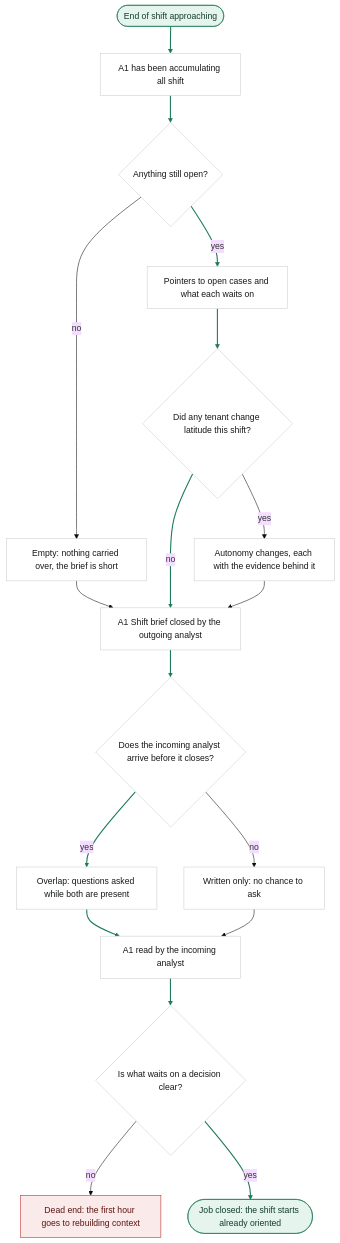
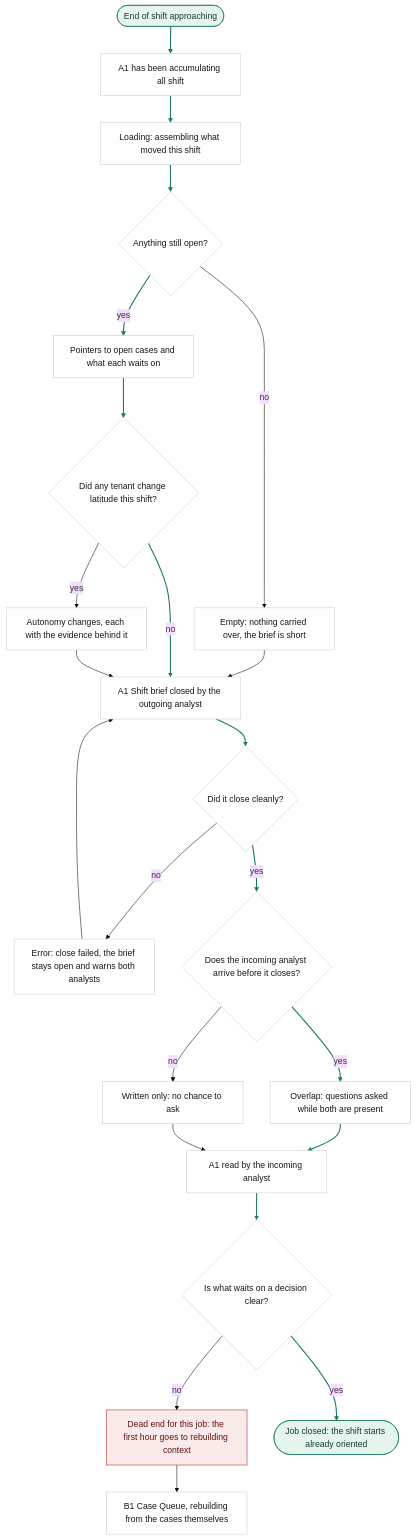
One commit to sergiodesign4u-dot/harrier changed the second of 3 diagrams in ia/docs/flows.md. Above: the diagram before and after it, drawn with Mermaid (base theme). The commit also changed other lines of this file and 3 other files, not shown here.

````diff
--- a/ia/docs/flows.md
+++ b/ia/docs/flows.md
@@ -76,28 +89,33 @@
 ```mermaid
 flowchart TD
     S1([End of shift approaching]) --> Acc[A1 has been accumulating all shift]
-    Acc --> Open{Anything still open?}
+    Acc --> Loading1["Loading: assembling what moved this shift"]
+    Loading1 --> Open{Anything still open?}
     Open -->|no| Thin["Empty: nothing carried over, the brief is short"]
     Open -->|yes| List[Pointers to open cases and what each waits on]
     Thin --> Close
     List --> Auto{Did any tenant change latitude this shift?}
     Auto -->|yes| Grants[Autonomy changes, each with the evidence behind it]
     Auto -->|no| Close
     Grants --> Close[A1 Shift brief closed by the outgoing analyst]
-    Close --> Sync{Does the incoming analyst arrive before it closes?}
+    Close --> Saved{Did it close cleanly?}
+    Saved -->|no| Err1["Error: close failed, the brief stays open and warns both analysts"]
+    Err1 --> Close
+    Saved -->|yes| Sync{Does the incoming analyst arrive before it closes?}
     Sync -->|yes| Overlap[Overlap: questions asked while both are present]
     Sync -->|no| Written["Written only: no chance to ask"]
     Overlap --> Take
     Written --> Take[A1 read by the incoming analyst]
     Take --> Ready{Is what waits on a decision clear?}
-    Ready -->|no| Rebuild["Dead end: the first hour goes to rebuilding context"]
+    Ready -->|no| Rebuild["Dead end for this job: the first hour goes to rebuilding context"]
+    Rebuild --> Queue1[B1 Case Queue, rebuilding from the cases themselves]
     Ready -->|yes| Go(["Job closed: the shift starts already oriented"])
 
     classDef success fill:#e6f4ee,stroke:#1c7a58,color:#123d2d;
     classDef dead fill:#fbeaea,stroke:#b3261e,color:#5c1512;
     classDef neutral fill:#ffffff,stroke:#c9ccce,color:#16181a;
     class S1,Go success;
     class Rebuild dead;
-    class Acc,Open,Thin,List,Auto,Grants,Close,Sync,Overlap,Written,Take,Ready neutral;
-    linkStyle 0,1,3,5,7,9,10,12,14,16 stroke:#1c7a58,stroke-width:2px;
+    class Acc,Loading1,Open,Thin,List,Auto,Grants,Close,Saved,Err1,Sync,Overlap,Written,Take,Ready,Queue1 neutral;
+    linkStyle 0,1,2,4,6,8,10,13,14,16,18,21 stroke:#1c7a58,stroke-width:2px;
 ```
````
